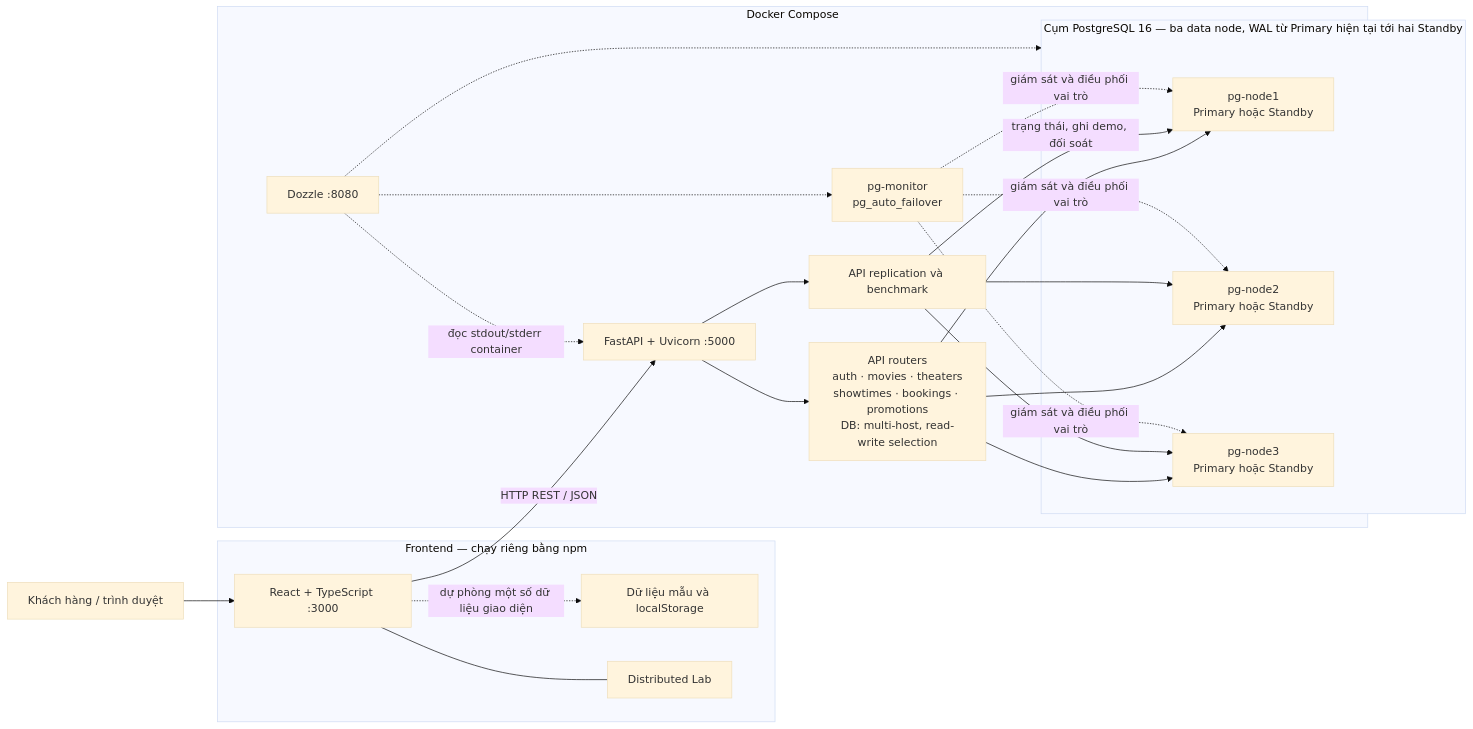
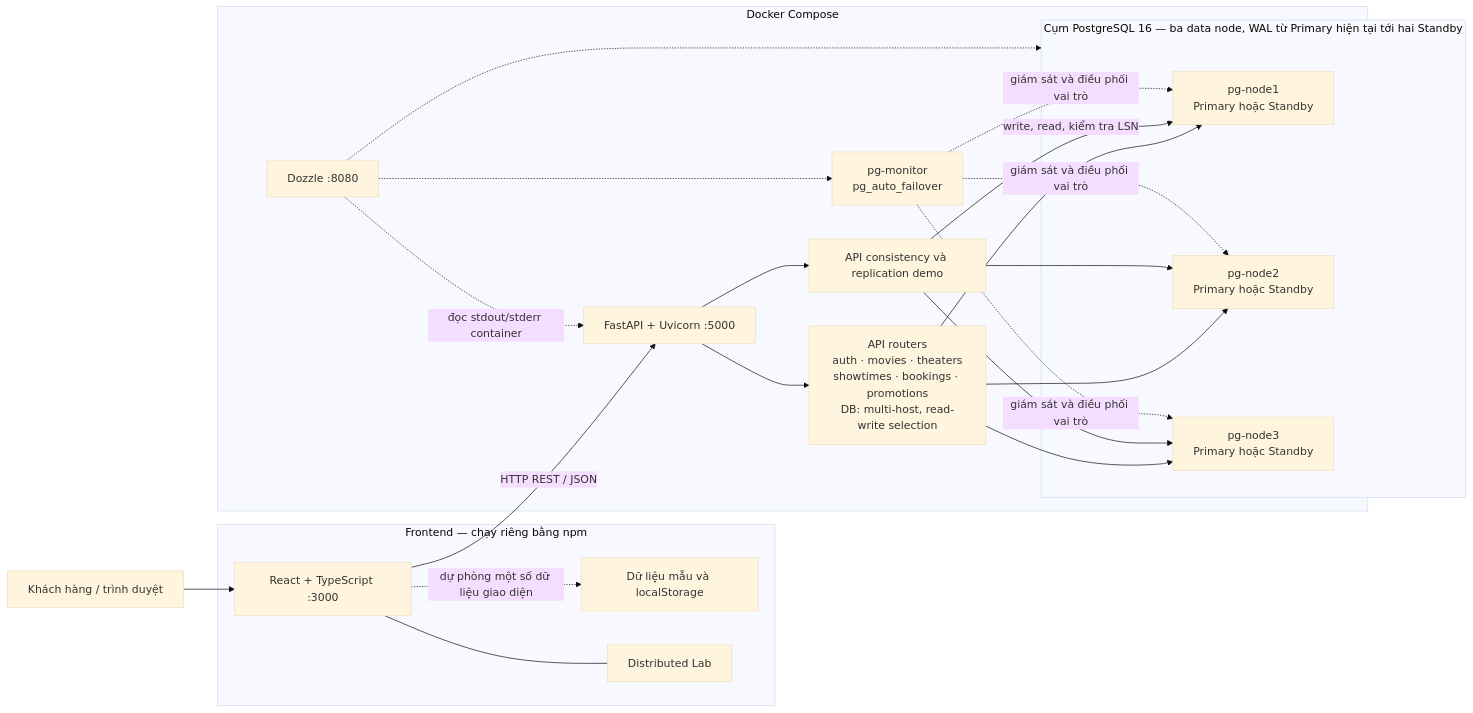
The diagram in README.md (Aizen2510/SD_CUOIKI), drawn with Mermaid (base theme) before and after one commit. The commit also changed other lines of this file and 13 other files, not shown here.

````diff
--- a/README.md
+++ b/README.md
@@ -12,44 +12,44 @@
 ```mermaid
 flowchart LR
     User[Khách hàng / trình duyệt]
 
     subgraph Frontend[Frontend — chạy riêng bằng npm]
         UI[React + TypeScript :3000]
         LocalData[Dữ liệu mẫu và localStorage]
         Lab[Distributed Lab]
         UI -. dự phòng một số dữ liệu giao diện .-> LocalData
         UI --- Lab
     end
 
     subgraph Compose[Docker Compose]
         API[FastAPI + Uvicorn :5000]
         Routers[API routers<br/>auth · movies · theaters<br/>showtimes · bookings · promotions<br/>DB: multi-host, read-write selection]
-        RepAPI[API replication và benchmark]
+        LabAPI[API consistency và replication demo]
 
         subgraph Cluster[Cụm PostgreSQL 16 — ba data node, WAL từ Primary hiện tại tới hai Standby]
             Node1[pg-node1<br/>Primary hoặc Standby]
             Node2[pg-node2<br/>Primary hoặc Standby]
             Node3[pg-node3<br/>Primary hoặc Standby]
         end
 
         Monitor[pg-monitor<br/>pg_auto_failover]
         Dozzle[Dozzle :8080]
     end
 
     User --> UI
     UI -->|HTTP REST / JSON| API
     API --> Routers
-    API --> RepAPI
+    API --> LabAPI
     Routers --> Node1
     Routers --> Node2
     Routers --> Node3
-    RepAPI -->|trạng thái, ghi demo, đối soát| Node1
-    RepAPI --> Node2
-    RepAPI --> Node3
+    LabAPI -->|write, read, kiểm tra LSN| Node1
+    LabAPI --> Node2
+    LabAPI --> Node3
     Monitor -. giám sát và điều phối vai trò .-> Node1
     Monitor -. giám sát và điều phối vai trò .-> Node2
     Monitor -. giám sát và điều phối vai trò .-> Node3
     Dozzle -. đọc stdout/stderr container .-> API
     Dozzle -.-> Monitor
     Dozzle -.-> Cluster
 ```
````
